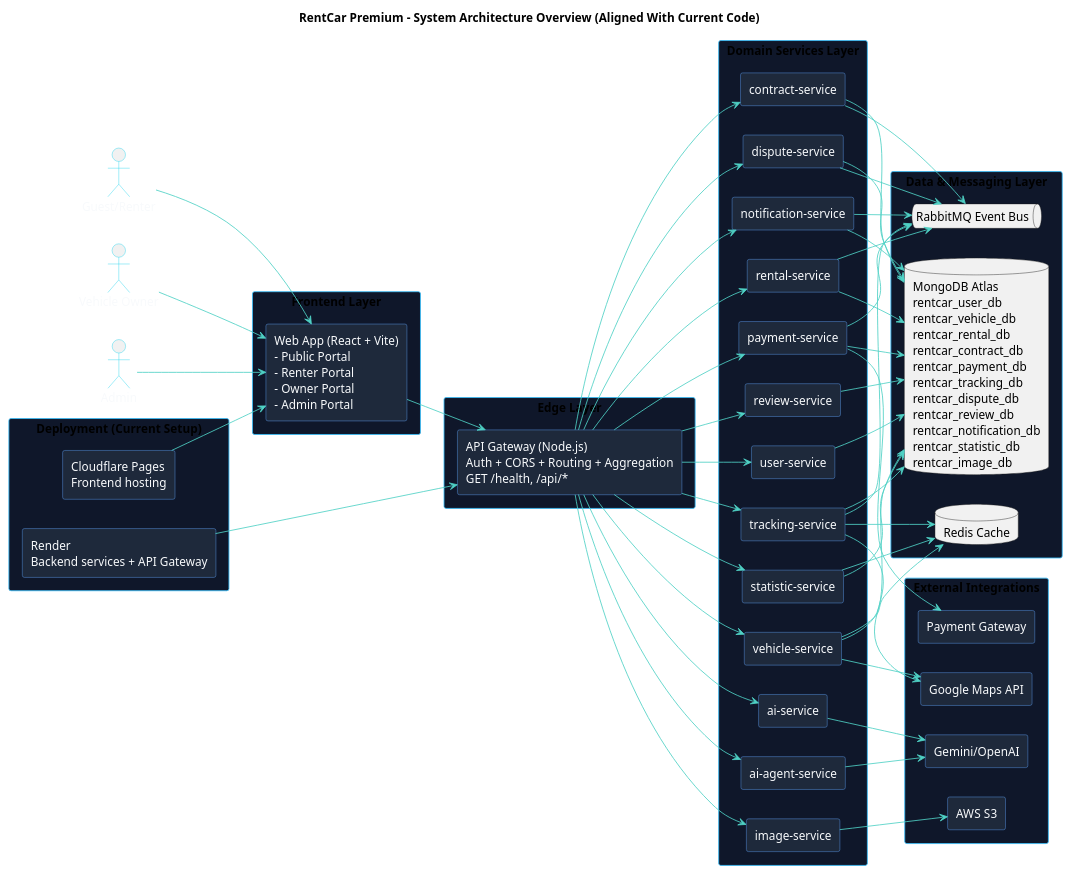
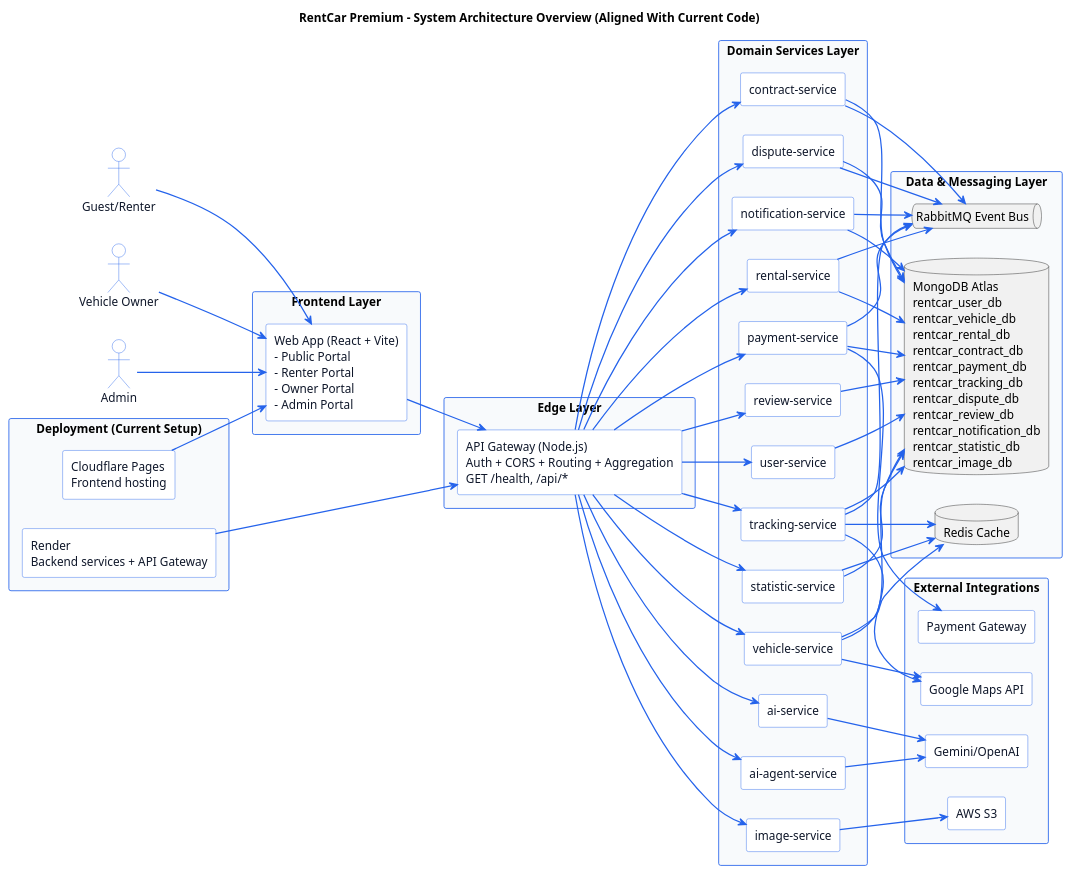
Before and after one commit to minhnt2510/vehicle-rental-system: the diagram in docs/architecture/system-architecture-overview.puml, drawn with PlantUML. The commit also changed 7 other files, not shown here.

```diff
--- a/docs/architecture/system-architecture-overview.puml
+++ b/docs/architecture/system-architecture-overview.puml
@@ -1,121 +1,126 @@
 @startuml system-architecture-overview
 left to right direction
 skinparam shadowing false
 skinparam componentStyle rectangle
 skinparam packageStyle rectangle
 skinparam defaultFontName Segoe UI
-skinparam ArrowColor #4fd1c5
+skinparam ArrowColor #2563eb
+skinparam ArrowThickness 1.5
+
 skinparam package {
-  BackgroundColor #0f172a
-  BorderColor #38bdf8
-  FontColor #e2e8f0
+  BackgroundColor #f8fafc
+  BorderColor #2563eb
+  FontColor #0f172a
 }
+
 skinparam component {
-  BackgroundColor #1e293b
-  BorderColor #60a5fa
-  FontColor #f8fafc
+  BackgroundColor #ffffff
+  BorderColor #2563eb
+  FontColor #0f172a
 }
+
 skinparam actor {
-  BorderColor #22d3ee
-  FontColor #f8fafc
+  BackgroundColor #ffffff
+  BorderColor #2563eb
+  FontColor #0f172a
 }
 
 title RentCar Premium - System Architecture Overview (Aligned With Current Code)
 
 actor "Guest/Renter" as renter
 actor "Vehicle Owner" as owner
 actor "Admin" as admin
 
 package "Frontend Layer" {
   component "Web App (React + Vite)\n- Public Portal\n- Renter Portal\n- Owner Portal\n- Admin Portal" as web
 }
 
 package "Edge Layer" {
   component "API Gateway (Node.js)\nAuth + CORS + Routing + Aggregation\nGET /health, /api/*" as gateway
 }
 
 package "Domain Services Layer" {
   component "user-service" as user_service
   component "vehicle-service" as vehicle_service
   component "rental-service" as rental_service
   component "contract-service" as contract_service
   component "payment-service" as payment_service
   component "tracking-service" as tracking_service
   component "dispute-service" as dispute_service
   component "review-service" as review_service
   component "notification-service" as notification_service
   component "statistic-service" as statistic_service
   component "image-service" as image_service
   component "ai-service" as ai_service
   component "ai-agent-service" as ai_agent_service
 }
 
 package "Data & Messaging Layer" {
   database "MongoDB Atlas\nrentcar_user_db\nrentcar_vehicle_db\nrentcar_rental_db\nrentcar_contract_db\nrentcar_payment_db\nrentcar_tracking_db\nrentcar_dispute_db\nrentcar_review_db\nrentcar_notification_db\nrentcar_statistic_db\nrentcar_image_db" as mongo
   database "Redis Cache" as redis
   queue "RabbitMQ Event Bus" as rabbit
 }
 
 package "External Integrations" {
   component "AWS S3" as s3
   component "Google Maps API" as maps
   component "Payment Gateway" as ext_payment
   component "Gemini/OpenAI" as ext_ai
 }
 
 package "Deployment (Current Setup)" {
   component "Render\nBackend services + API Gateway" as render
   component "Cloudflare Pages\nFrontend hosting" as cf
 }
 
 renter --> web
 owner --> web
 admin --> web
 web --> gateway
 cf --> web
 render --> gateway
 
 gateway --> user_service
 gateway --> vehicle_service
 gateway --> rental_service
 gateway --> contract_service
 gateway --> payment_service
 gateway --> tracking_service
 gateway --> dispute_service
 gateway --> review_service
 gateway --> notification_service
 gateway --> statistic_service
 gateway --> image_service
 gateway --> ai_service
 gateway --> ai_agent_service
 
 user_service --> mongo
 vehicle_service --> mongo
 rental_service --> mongo
 contract_service --> mongo
 payment_service --> mongo
 tracking_service --> mongo
 dispute_service --> mongo
 review_service --> mongo
 notification_service --> mongo
 statistic_service --> mongo
 
 vehicle_service --> redis
 tracking_service --> redis
 statistic_service --> redis
 
 rental_service --> rabbit
 contract_service --> rabbit
 payment_service --> rabbit
 tracking_service --> rabbit
 dispute_service --> rabbit
 notification_service --> rabbit
 
 image_service --> s3
 vehicle_service --> maps
 tracking_service --> maps
 payment_service --> ext_payment
 ai_service --> ext_ai
 ai_agent_service --> ext_ai
 
 @enduml
```
